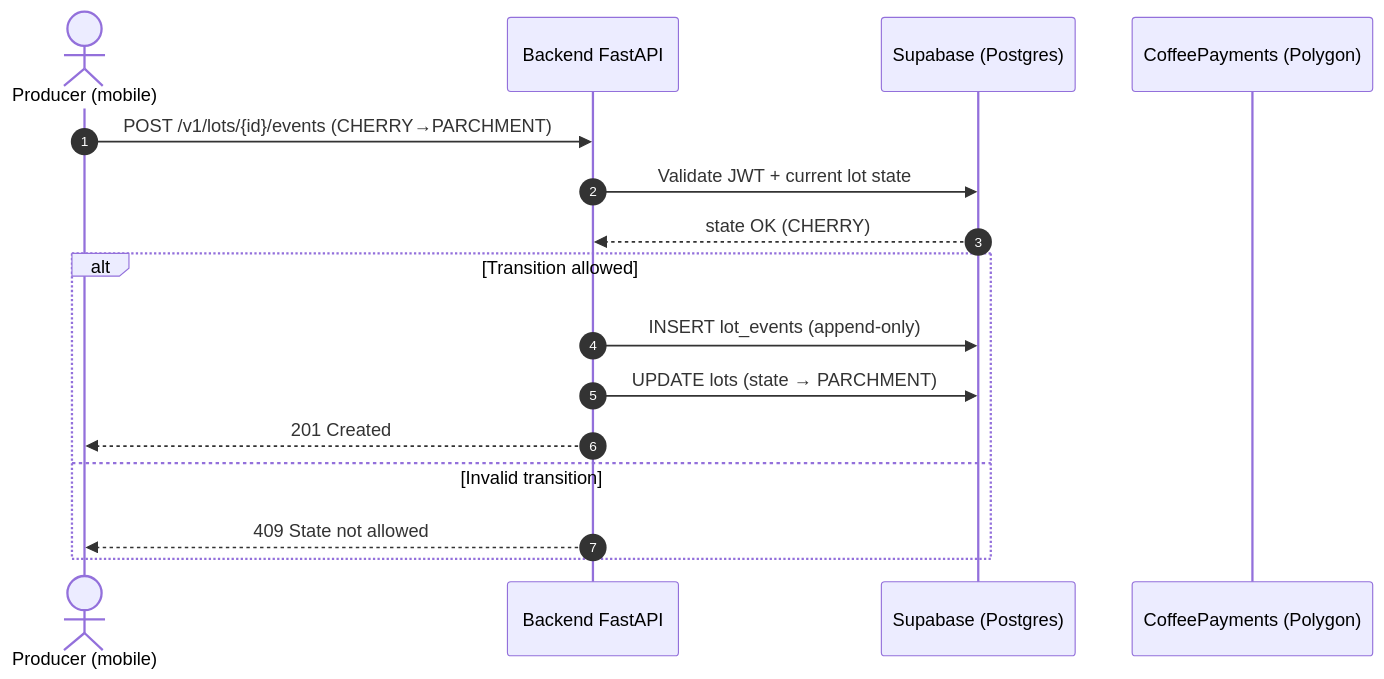
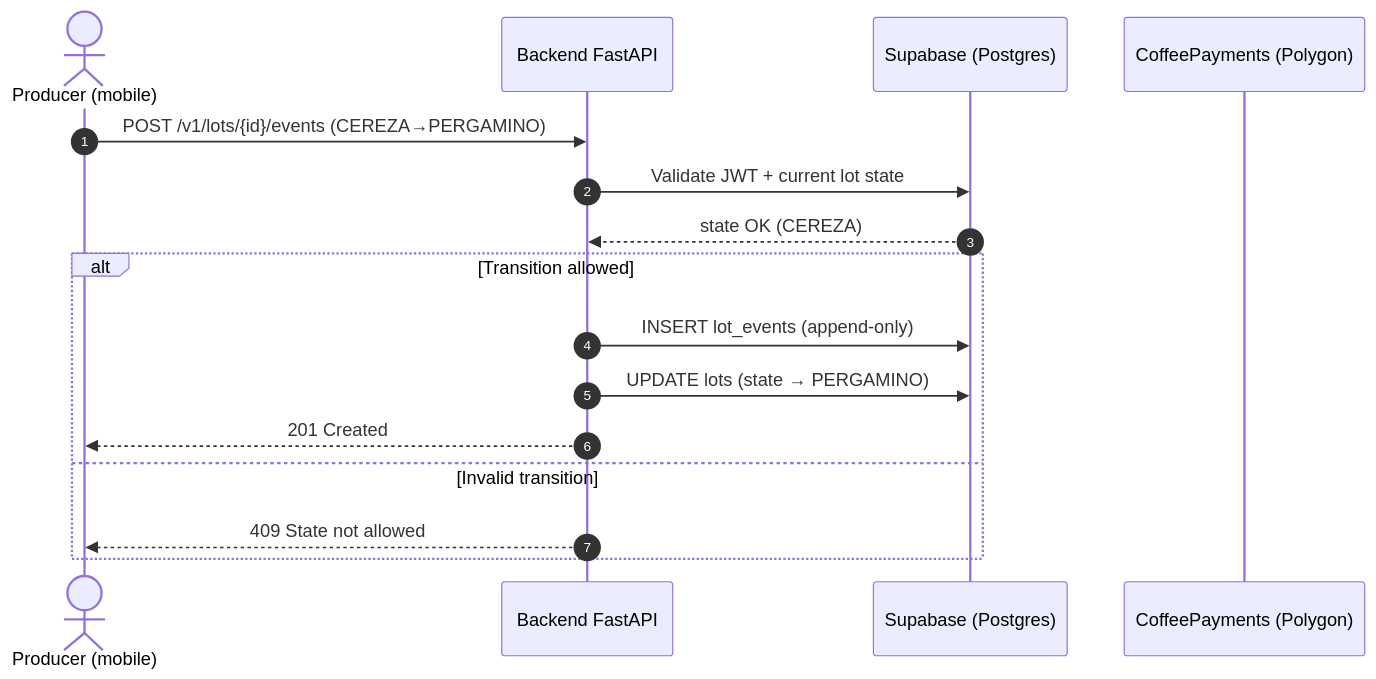
One commit to FerLpz55/BeanTrust changed the sixth of 11 diagrams in docs/ARCHITECTURE.en.md. Above: the diagram before and after it, drawn with Mermaid. The commit also changed other lines of this file and 93 other files, not shown here.

````diff
--- a/docs/ARCHITECTURE.en.md
+++ b/docs/ARCHITECTURE.en.md
@@ -642,19 +747,19 @@
 ```mermaid
 sequenceDiagram
     autonumber
     actor P as Producer (mobile)
     participant API as Backend FastAPI
     participant DB as Supabase (Postgres)
     participant SC as CoffeePayments (Polygon)
 
-    P->>API: POST /v1/lots/{id}/events (CHERRY→PARCHMENT)
+    P->>API: POST /v1/lots/{id}/events (CEREZA→PERGAMINO)
     API->>DB: Validate JWT + current lot state
-    DB-->>API: state OK (CHERRY)
+    DB-->>API: state OK (CEREZA)
     alt Transition allowed
         API->>DB: INSERT lot_events (append-only)
-        API->>DB: UPDATE lots (state → PARCHMENT)
+        API->>DB: UPDATE lots (state → PERGAMINO)
         API-->>P: 201 Created
     else Invalid transition
         API-->>P: 409 State not allowed
     end
 ```
````
